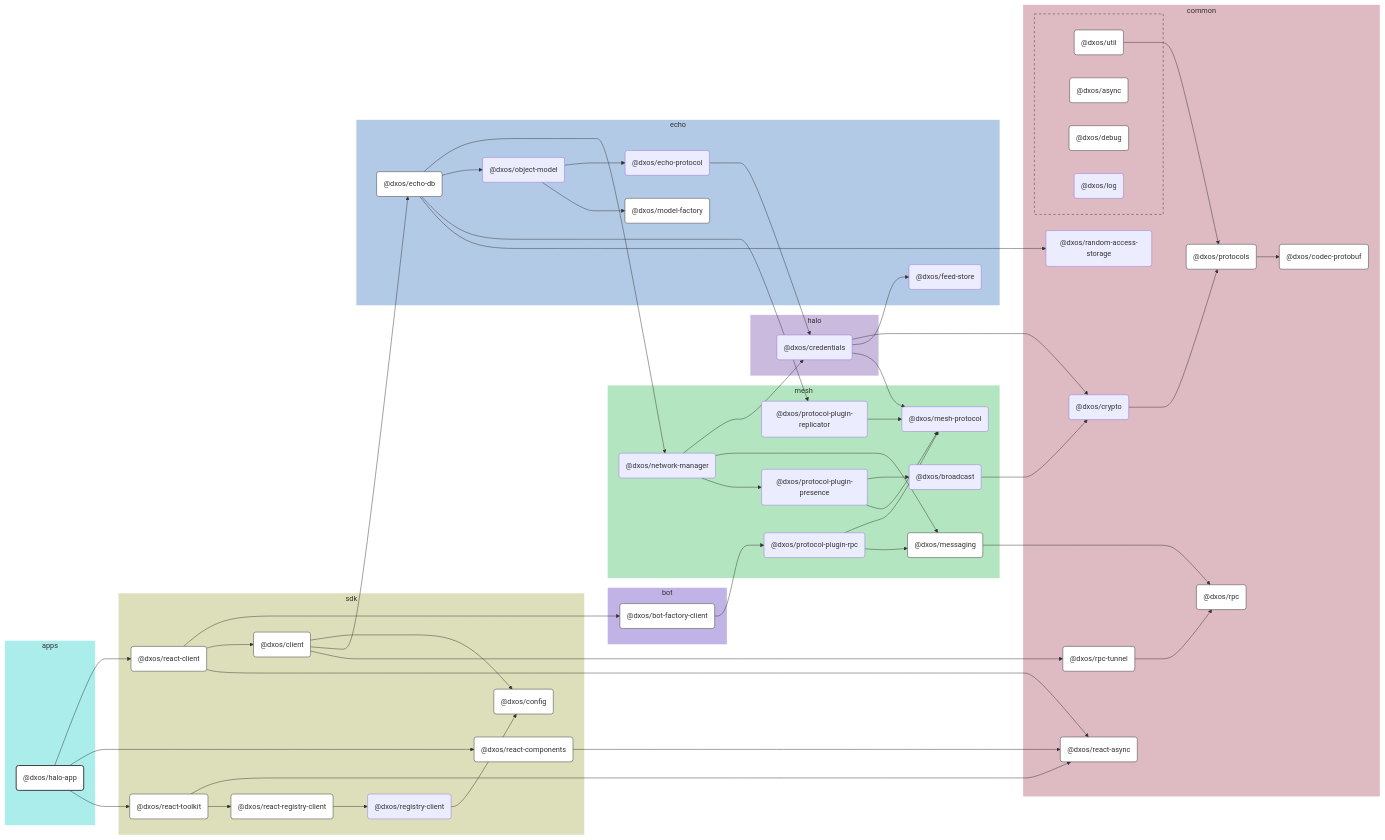
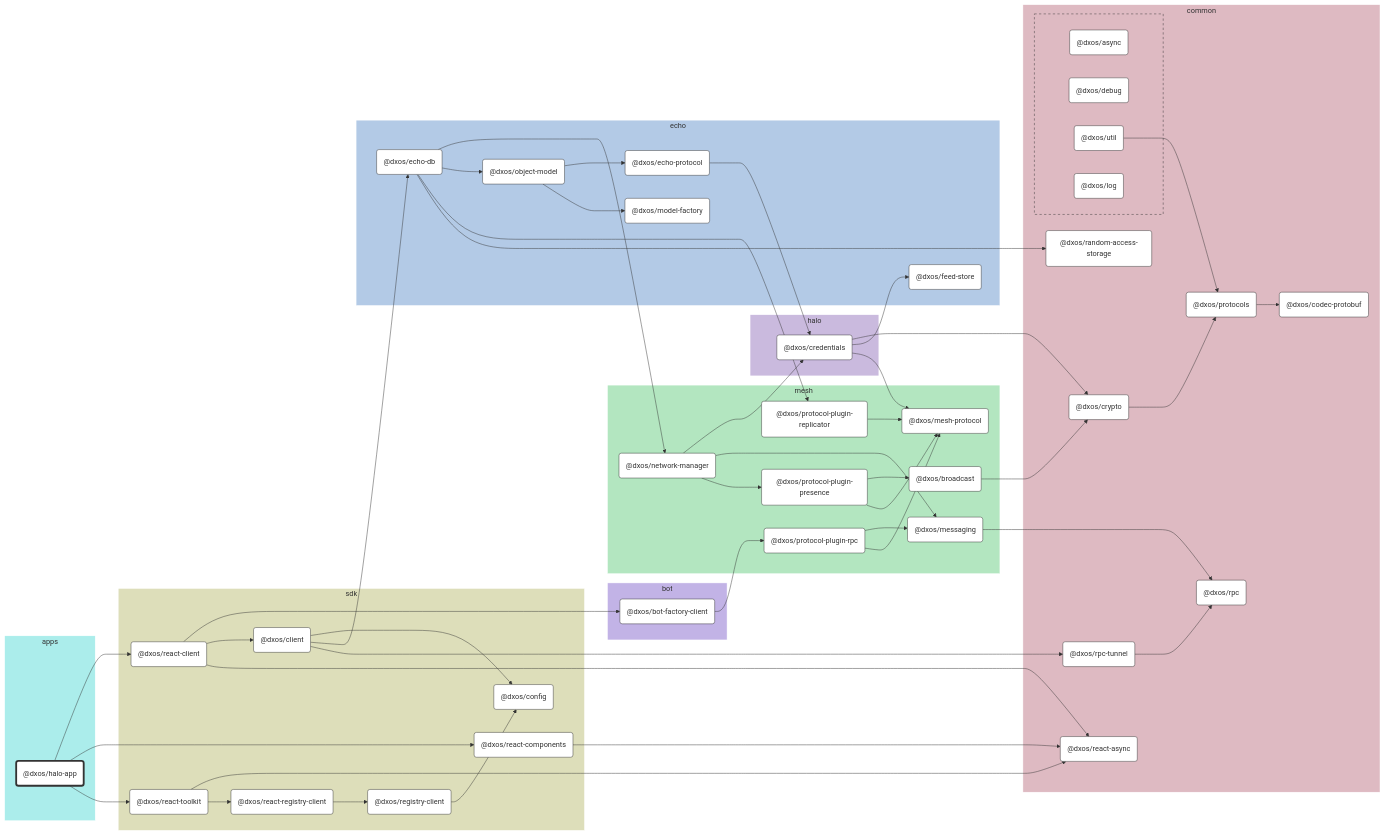
One commit to dxos/dxos changed the diagram in apps/halo/docs/README.md. Above: the diagram before and after it, drawn with Mermaid. The commit also changed other lines of this file and 104 other files, not shown here.

````diff
--- a/apps/halo/docs/README.md
+++ b/apps/halo/docs/README.md
@@ -9,165 +9,149 @@
 
 flowchart LR
 
-%% Links
-dxos/bot-factory-client --> dxos/protocol-plugin-rpc;
-dxos/broadcast --> dxos/crypto;
-dxos/client --> dxos/config;
-dxos/client --> dxos/echo-db;
-dxos/client --> dxos/rpc-tunnel;
-dxos/credentials --> dxos/crypto;
-dxos/credentials --> dxos/feed-store;
-dxos/credentials --> dxos/mesh-protocol;
-dxos/crypto --> dxos/protocols;
-dxos/echo-db --> dxos/network-manager;
-dxos/echo-db --> dxos/object-model;
-dxos/echo-db --> dxos/protocol-plugin-replicator;
-dxos/echo-db --> dxos/random-access-storage;
-dxos/echo-protocol --> dxos/credentials;
-dxos/halo-app --> dxos/react-client;
-dxos/halo-app --> dxos/react-components;
-dxos/halo-app --> dxos/react-toolkit;
-dxos/messaging --> dxos/rpc;
-dxos/network-manager --> dxos/credentials;
-dxos/network-manager --> dxos/messaging;
-dxos/network-manager --> dxos/protocol-plugin-presence;
-dxos/object-model --> dxos/echo-protocol;
-dxos/object-model --> dxos/model-factory;
-dxos/protocol-plugin-presence --> dxos/broadcast;
-dxos/protocol-plugin-presence --> dxos/mesh-protocol;
-dxos/protocol-plugin-replicator --> dxos/mesh-protocol;
-dxos/protocol-plugin-rpc --> dxos/mesh-protocol;
-dxos/protocol-plugin-rpc --> dxos/messaging;
-dxos/protocols --> dxos/codec-protobuf;
-dxos/react-client --> dxos/bot-factory-client;
-dxos/react-client --> dxos/client;
-dxos/react-client --> dxos/react-async;
-dxos/react-components --> dxos/react-async;
-dxos/react-registry-client --> dxos/registry-client;
-dxos/react-toolkit --> dxos/react-async;
-dxos/react-toolkit --> dxos/react-registry-client;
-dxos/registry-client --> dxos/config;
-dxos/rpc-tunnel --> dxos/rpc;
-dxos/util --> dxos/protocols;
+%% Classes
+classDef def fill:#fff,stroke:#333,stroke-width:1px
+classDef root fill:#fff,stroke:#333,stroke-width:4px
 
-%% Sections
-subgraph apps
-  style apps fill:#abedeb,stroke:#fff;
+%% Nodes
 
-  dxos/halo-app("@dxos/halo-app")
+subgraph apps [apps]
+  style apps fill:#abedeb,stroke:#fff
+  dxos/halo-app("@dxos/halo-app"):::root
+  click dxos/halo-app "dxos/dxos/tree/main/apps/halo/docs"
 end
 
-subgraph sdk
-  style sdk fill:#dddeba,stroke:#fff;
-
-  dxos/client("@dxos/client")
-  dxos/config("@dxos/config")
-  dxos/react-client("@dxos/react-client")
-  dxos/react-components("@dxos/react-components")
-  dxos/react-registry-client("@dxos/react-registry-client")
-  dxos/react-toolkit("@dxos/react-toolkit")
-  dxos/registry-client("@dxos/registry-client")
+subgraph sdk [sdk]
+  style sdk fill:#dddeba,stroke:#fff
+  dxos/client("@dxos/client"):::def
+  click dxos/client "dxos/dxos/tree/main/packages/sdk/client/docs"
+  dxos/config("@dxos/config"):::def
+  click dxos/config "dxos/dxos/tree/main/packages/sdk/config/docs"
+  dxos/react-client("@dxos/react-client"):::def
+  click dxos/react-client "dxos/dxos/tree/main/packages/sdk/react-client/docs"
+  dxos/react-components("@dxos/react-components"):::def
+  click dxos/react-components "dxos/dxos/tree/main/packages/sdk/react-components/docs"
+  dxos/react-toolkit("@dxos/react-toolkit"):::def
+  click dxos/react-toolkit "dxos/dxos/tree/main/packages/sdk/react-toolkit/docs"
+  dxos/react-registry-client("@dxos/react-registry-client"):::def
+  click dxos/react-registry-client "dxos/dxos/tree/main/packages/sdk/react-registry-client/docs"
+  dxos/registry-client("@dxos/registry-client"):::def
+  click dxos/registry-client "dxos/dxos/tree/main/packages/sdk/registry-client/docs"
 end
 
-subgraph common
-  style common fill:#debac2,stroke:#fff;
-
-  dxos/codec-protobuf("@dxos/codec-protobuf")
-  dxos/crypto("@dxos/crypto")
-  dxos/protocols("@dxos/protocols")
-  dxos/random-access-storage("@dxos/random-access-storage")
-  dxos/react-async("@dxos/react-async")
-  dxos/rpc("@dxos/rpc")
-  dxos/rpc-tunnel("@dxos/rpc-tunnel")
+subgraph common [common]
+  style common fill:#debac2,stroke:#fff
+  dxos/codec-protobuf("@dxos/codec-protobuf"):::def
+  click dxos/codec-protobuf "dxos/dxos/tree/main/packages/common/codec-protobuf/docs"
+  dxos/protocols("@dxos/protocols"):::def
+  click dxos/protocols "dxos/dxos/tree/main/packages/common/protocols/docs"
+  dxos/crypto("@dxos/crypto"):::def
+  click dxos/crypto "dxos/dxos/tree/main/packages/common/crypto/docs"
+  dxos/rpc("@dxos/rpc"):::def
+  click dxos/rpc "dxos/dxos/tree/main/packages/common/rpc/docs"
+  dxos/random-access-storage("@dxos/random-access-storage"):::def
+  click dxos/random-access-storage "dxos/dxos/tree/main/packages/common/random-access-storage/docs"
+  dxos/rpc-tunnel("@dxos/rpc-tunnel"):::def
+  click dxos/rpc-tunnel "dxos/dxos/tree/main/packages/common/rpc-tunnel/docs"
+  dxos/react-async("@dxos/react-async"):::def
+  click dxos/react-async "dxos/dxos/tree/main/packages/common/react-async/docs"
 
   subgraph common-excluded [ ]
-    style common-excluded fill:#debac2,stroke:#333,stroke-dasharray:5 5;
-
-    dxos/async("@dxos/async")
-    dxos/debug("@dxos/debug")
-    dxos/log("@dxos/log")
-    dxos/util("@dxos/util")
+    style common-excluded fill:#debac2,stroke:#333,stroke-dasharray:5 5
+    dxos/async("@dxos/async"):::def
+    click dxos/async "dxos/dxos/tree/main/packages/common/async/docs"
+    dxos/debug("@dxos/debug"):::def
+    click dxos/debug "dxos/dxos/tree/main/packages/common/debug/docs"
+    dxos/util("@dxos/util"):::def
+    click dxos/util "dxos/dxos/tree/main/packages/common/util/docs"
+    dxos/log("@dxos/log"):::def
+    click dxos/log "dxos/dxos/tree/main/packages/common/log/docs"
   end
 end
 
-subgraph echo
-  style echo fill:#b3cae6,stroke:#fff;
-
-  dxos/echo-db("@dxos/echo-db")
-  dxos/echo-protocol("@dxos/echo-protocol")
-  dxos/feed-store("@dxos/feed-store")
-  dxos/model-factory("@dxos/model-factory")
-  dxos/object-model("@dxos/object-model")
+subgraph echo [echo]
+  style echo fill:#b3cae6,stroke:#fff
+  dxos/echo-db("@dxos/echo-db"):::def
+  click dxos/echo-db "dxos/dxos/tree/main/packages/echo/echo-db/docs"
+  dxos/feed-store("@dxos/feed-store"):::def
+  click dxos/feed-store "dxos/dxos/tree/main/packages/echo/feed-store/docs"
+  dxos/echo-protocol("@dxos/echo-protocol"):::def
+  click dxos/echo-protocol "dxos/dxos/tree/main/packages/echo/echo-protocol/docs"
+  dxos/model-factory("@dxos/model-factory"):::def
+  click dxos/model-factory "dxos/dxos/tree/main/packages/echo/model-factory/docs"
+  dxos/object-model("@dxos/object-model"):::def
+  click dxos/object-model "dxos/dxos/tree/main/packages/echo/object-model/docs"
 end
 
-subgraph halo
-  style halo fill:#cabade,stroke:#fff;
-
-  dxos/credentials("@dxos/credentials")
+subgraph halo [halo]
+  style halo fill:#cabade,stroke:#fff
+  dxos/credentials("@dxos/credentials"):::def
+  click dxos/credentials "dxos/dxos/tree/main/packages/halo/credentials/docs"
 end
 
-subgraph mesh
-  style mesh fill:#b3e6c0,stroke:#fff;
-
-  dxos/broadcast("@dxos/broadcast")
-  dxos/mesh-protocol("@dxos/mesh-protocol")
-  dxos/messaging("@dxos/messaging")
-  dxos/network-manager("@dxos/network-manager")
-  dxos/protocol-plugin-presence("@dxos/protocol-plugin-presence")
-  dxos/protocol-plugin-replicator("@dxos/protocol-plugin-replicator")
-  dxos/protocol-plugin-rpc("@dxos/protocol-plugin-rpc")
+subgraph mesh [mesh]
+  style mesh fill:#b3e6c0,stroke:#fff
+  dxos/mesh-protocol("@dxos/mesh-protocol"):::def
+  click dxos/mesh-protocol "dxos/dxos/tree/main/packages/mesh/mesh-protocol/docs"
+  dxos/messaging("@dxos/messaging"):::def
+  click dxos/messaging "dxos/dxos/tree/main/packages/mesh/messaging/docs"
+  dxos/network-manager("@dxos/network-manager"):::def
+  click dxos/network-manager "dxos/dxos/tree/main/packages/mesh/network-manager/docs"
+  dxos/protocol-plugin-presence("@dxos/protocol-plugin-presence"):::def
+  click dxos/protocol-plugin-presence "dxos/dxos/tree/main/packages/mesh/protocol-plugin-presence/docs"
+  dxos/broadcast("@dxos/broadcast"):::def
+  click dxos/broadcast "dxos/dxos/tree/main/packages/mesh/broadcast/docs"
+  dxos/protocol-plugin-replicator("@dxos/protocol-plugin-replicator"):::def
+  click dxos/protocol-plugin-replicator "dxos/dxos/tree/main/packages/mesh/protocol-plugin-replicator/docs"
+  dxos/protocol-plugin-rpc("@dxos/protocol-plugin-rpc"):::def
+  click dxos/protocol-plugin-rpc "dxos/dxos/tree/main/packages/mesh/protocol-plugin-rpc/docs"
 end
 
-subgraph bot
-  style bot fill:#c2b3e6,stroke:#fff;
-
-  dxos/bot-factory-client("@dxos/bot-factory-client")
+subgraph bot [bot]
+  style bot fill:#c2b3e6,stroke:#fff
+  dxos/bot-factory-client("@dxos/bot-factory-client"):::def
+  click dxos/bot-factory-client "dxos/dxos/tree/main/packages/bot/bot-factory-client/docs"
 end
 
-
-%% Hyperlinks
-click dxos/async "dxos/dxos/tree/main/packages/common/async/docs";
-click dxos/bot-factory-client "dxos/dxos/tree/main/packages/bot/bot-factory-client/docs";
-click dxos/client "dxos/dxos/tree/main/packages/sdk/client/docs";
-click dxos/codec-protobuf "dxos/dxos/tree/main/packages/common/codec-protobuf/docs";
-click dxos/config "dxos/dxos/tree/main/packages/sdk/config/docs";
-click dxos/debug "dxos/dxos/tree/main/packages/common/debug/docs";
-click dxos/echo-db "dxos/dxos/tree/main/packages/echo/echo-db/docs";
-click dxos/messaging "dxos/dxos/tree/main/packages/mesh/messaging/docs";
-click dxos/model-factory "dxos/dxos/tree/main/packages/echo/model-factory/docs";
-click dxos/protocols "dxos/dxos/tree/main/packages/common/protocols/docs";
-click dxos/react-async "dxos/dxos/tree/main/packages/common/react-async/docs";
-click dxos/react-client "dxos/dxos/tree/main/packages/sdk/react-client/docs";
-click dxos/react-components "dxos/dxos/tree/main/packages/sdk/react-components/docs";
-click dxos/react-registry-client "dxos/dxos/tree/main/packages/sdk/react-registry-client/docs";
-click dxos/react-toolkit "dxos/dxos/tree/main/packages/sdk/react-toolkit/docs";
-click dxos/rpc "dxos/dxos/tree/main/packages/common/rpc/docs";
-click dxos/rpc-tunnel "dxos/dxos/tree/main/packages/common/rpc-tunnel/docs";
-click dxos/util "dxos/dxos/tree/main/packages/common/util/docs";
-
-%% Styles
-classDef rootNode fill:#fff,stroke:#333,stroke-width:2px
-classDef defaultNode fill:#fff,stroke:#333,stroke-width:1px
+%% Links
 linkStyle default stroke:#333,stroke-width:1px
-
-dxos/halo-app:::rootNode
-
-dxos/async:::defaultNode
-dxos/bot-factory-client:::defaultNode
-dxos/client:::defaultNode
-dxos/codec-protobuf:::defaultNode
-dxos/config:::defaultNode
-dxos/debug:::defaultNode
-dxos/echo-db:::defaultNode
-dxos/messaging:::defaultNode
-dxos/model-factory:::defaultNode
-dxos/protocols:::defaultNode
-dxos/react-async:::defaultNode
-dxos/react-client:::defaultNode
-dxos/react-components:::defaultNode
-dxos/react-registry-client:::defaultNode
-dxos/react-toolkit:::defaultNode
-dxos/rpc:::defaultNode
-dxos/rpc-tunnel:::defaultNode
-dxos/util:::defaultNode
+dxos/client --> dxos/config
+dxos/protocols --> dxos/codec-protobuf
+dxos/util --> dxos/protocols
+dxos/client --> dxos/echo-db
+dxos/credentials --> dxos/crypto
+dxos/crypto --> dxos/protocols
+dxos/credentials --> dxos/feed-store
+dxos/credentials --> dxos/mesh-protocol
+dxos/echo-protocol --> dxos/credentials
+dxos/messaging --> dxos/rpc
+dxos/echo-db --> dxos/network-manager
+dxos/network-manager --> dxos/credentials
+dxos/network-manager --> dxos/messaging
+dxos/network-manager --> dxos/protocol-plugin-presence
+dxos/protocol-plugin-presence --> dxos/broadcast
+dxos/broadcast --> dxos/crypto
+dxos/protocol-plugin-presence --> dxos/mesh-protocol
+dxos/echo-db --> dxos/object-model
+dxos/object-model --> dxos/echo-protocol
+dxos/object-model --> dxos/model-factory
+dxos/echo-db --> dxos/protocol-plugin-replicator
+dxos/protocol-plugin-replicator --> dxos/mesh-protocol
+dxos/echo-db --> dxos/random-access-storage
+dxos/client --> dxos/rpc-tunnel
+dxos/rpc-tunnel --> dxos/rpc
+dxos/halo-app --> dxos/react-client
+dxos/react-client --> dxos/bot-factory-client
+dxos/bot-factory-client --> dxos/protocol-plugin-rpc
+dxos/protocol-plugin-rpc --> dxos/messaging
+dxos/protocol-plugin-rpc --> dxos/mesh-protocol
+dxos/react-client --> dxos/client
+dxos/react-client --> dxos/react-async
+dxos/halo-app --> dxos/react-components
+dxos/react-components --> dxos/react-async
+dxos/halo-app --> dxos/react-toolkit
+dxos/react-toolkit --> dxos/react-async
+dxos/react-toolkit --> dxos/react-registry-client
+dxos/react-registry-client --> dxos/registry-client
+dxos/registry-client --> dxos/config
 ```
````
